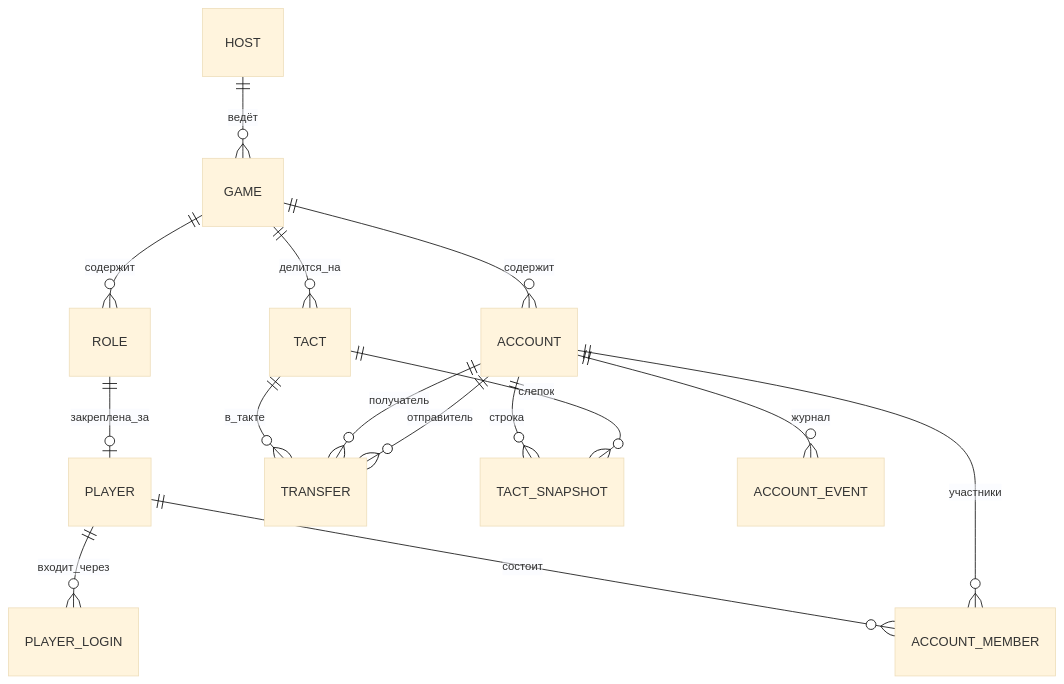
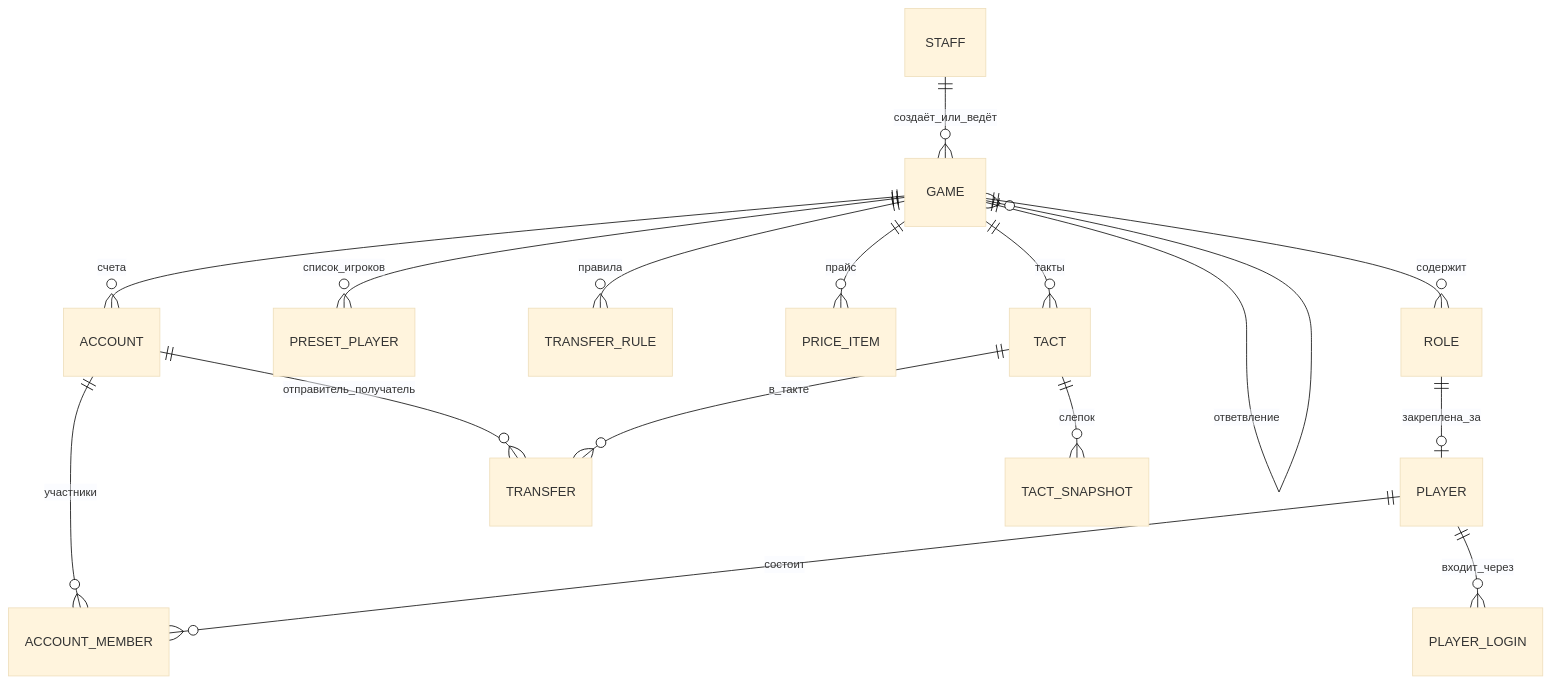
The diagram in docs/ARCHITECTURE.md (Dobro-AI/Bank_in_game), drawn with Mermaid (base theme) before and after one commit. The commit also changed other lines of this file and 1 other file, not shown here.

Commit message:
Архитектура v2: Супер-ведущий, ответвления игр, правила и типы переводов, согласованные решения

````diff
--- a/docs/ARCHITECTURE.md
+++ b/docs/ARCHITECTURE.md
@@ -67,17 +87,18 @@
 ```mermaid
 erDiagram
-  HOST ||--o{ GAME : ведёт
+  STAFF ||--o{ GAME : создаёт_или_ведёт
+  GAME ||--o{ GAME : ответвление
   GAME ||--o{ ROLE : содержит
-  GAME ||--o{ TACT : делится_на
-  GAME ||--o{ ACCOUNT : содержит
+  GAME ||--o{ PRESET_PLAYER : список_игроков
+  GAME ||--o{ TRANSFER_RULE : правила
+  GAME ||--o{ PRICE_ITEM : прайс
+  GAME ||--o{ TACT : такты
+  GAME ||--o{ ACCOUNT : счета
   ROLE ||--o| PLAYER : закреплена_за
   PLAYER ||--o{ PLAYER_LOGIN : входит_через
   ACCOUNT ||--o{ ACCOUNT_MEMBER : участники
   PLAYER ||--o{ ACCOUNT_MEMBER : состоит
-  ACCOUNT ||--o{ TRANSFER : отправитель
-  ACCOUNT ||--o{ TRANSFER : получатель
+  ACCOUNT ||--o{ TRANSFER : отправитель_получатель
   TACT ||--o{ TRANSFER : в_такте
   TACT ||--o{ TACT_SNAPSHOT : слепок
-  ACCOUNT ||--o{ TACT_SNAPSHOT : строка
-  ACCOUNT ||--o{ ACCOUNT_EVENT : журнал
 ```
````
